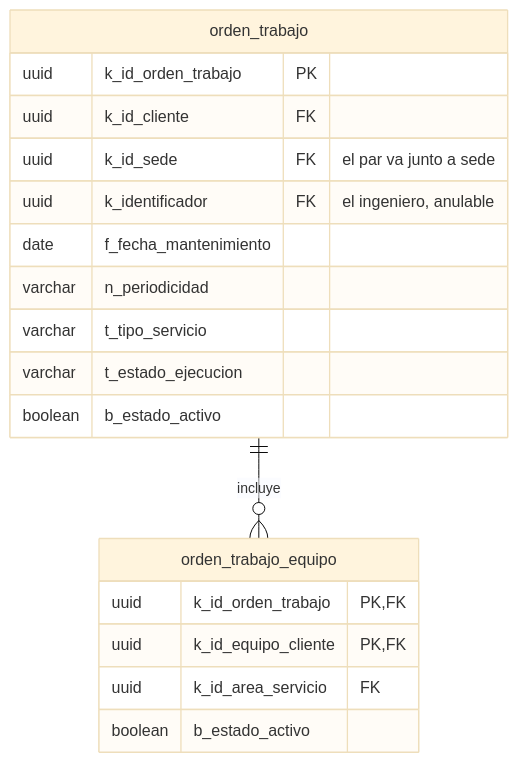
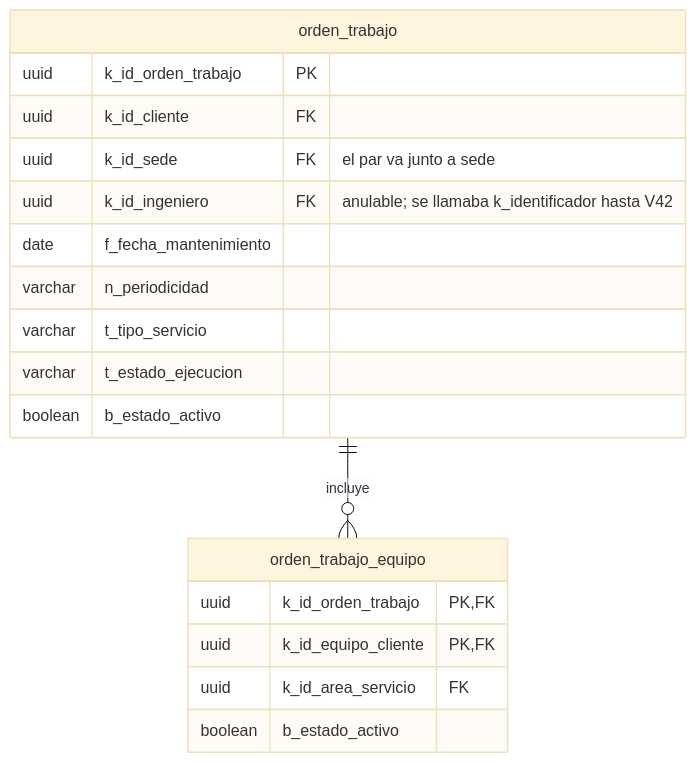
One commit to SeanBol222/MalphasOs changed the ninth of 10 diagrams in SecondBrain/wiki/base-de-datos/esquema-bd-malphasos.md. Above: the diagram before and after it, drawn with Mermaid (base theme). The commit also changed other lines of this file and 4 other files, not shown here.

First line of the commit message:
docs: V42 in the schema note, the debt and the roadmap

````diff
--- a/SecondBrain/wiki/base-de-datos/esquema-bd-malphasos.md
+++ b/SecondBrain/wiki/base-de-datos/esquema-bd-malphasos.md
@@ -601,21 +611,21 @@
 ```mermaid
 erDiagram
     orden_trabajo ||--o{ orden_trabajo_equipo : "incluye"
     orden_trabajo {
         uuid k_id_orden_trabajo PK
         uuid k_id_cliente FK
         uuid k_id_sede FK "el par va junto a sede"
-        uuid k_identificador FK "el ingeniero, anulable"
+        uuid k_id_ingeniero FK "anulable; se llamaba k_identificador hasta V42"
         date f_fecha_mantenimiento
         varchar n_periodicidad
         varchar t_tipo_servicio
         varchar t_estado_ejecucion
         boolean b_estado_activo
     }
     orden_trabajo_equipo {
         uuid k_id_orden_trabajo PK, FK
         uuid k_id_equipo_cliente PK, FK
         uuid k_id_area_servicio FK
         boolean b_estado_activo
     }
 ```
````
